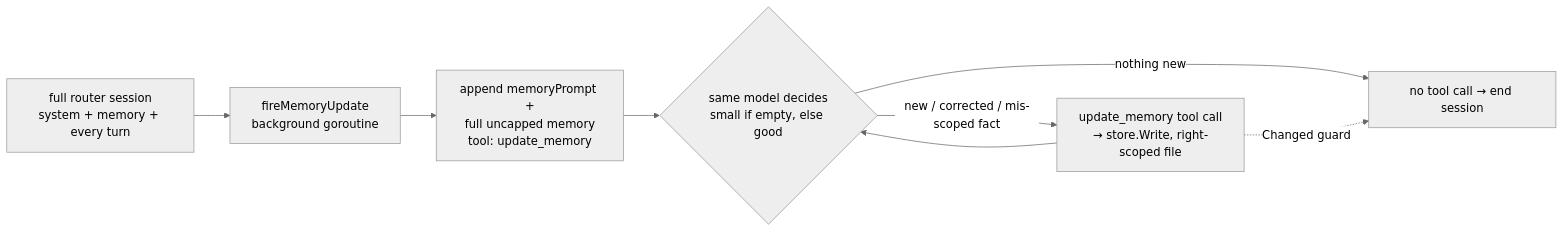
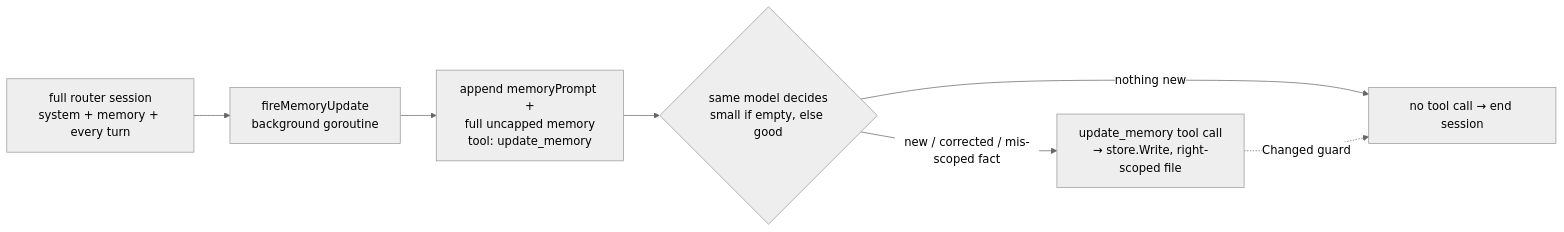
Before and after one commit to hetsaraiya/spores: the fifth of 5 diagrams in ARCHITECTURE.md, drawn with Mermaid (neutral theme). The commit also changed other lines of this file and 10 other files, not shown here.

````diff
--- a/ARCHITECTURE.md
+++ b/ARCHITECTURE.md
@@ -159,10 +158,9 @@
 ```mermaid
 flowchart LR
     S[full router session\nsystem + memory + every turn] --> F[fireMemoryUpdate\nbackground goroutine]
     F --> P[append memoryPrompt +\nfull uncapped memory\ntool: update_memory]
     P --> M{same model decides\nsmall if empty, else good}
     M -->|new / corrected / mis-scoped fact| W[update_memory tool call\n→ store.Write, right-scoped file]
     M -->|nothing new| X[no tool call → end session]
     W -.->|Changed guard| X
-    W --> M
 ```
````
